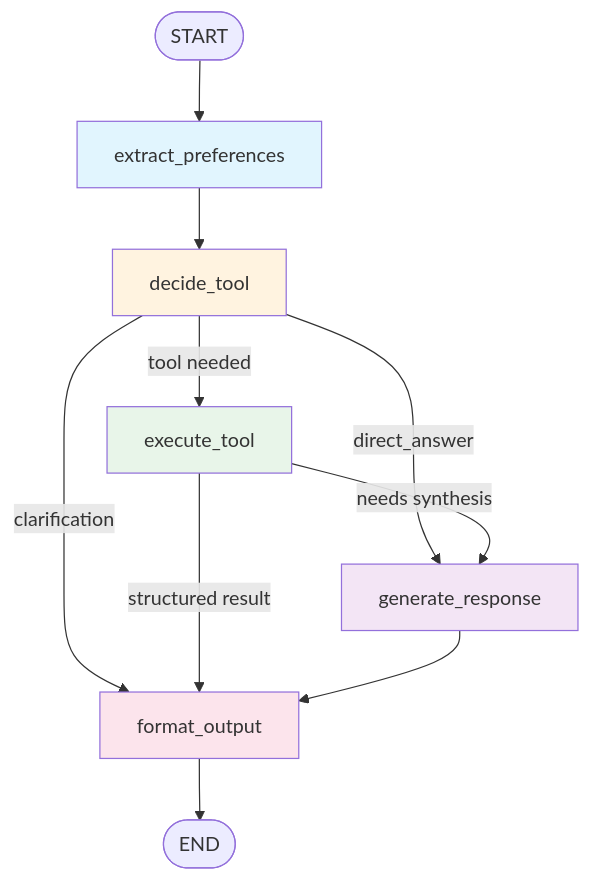
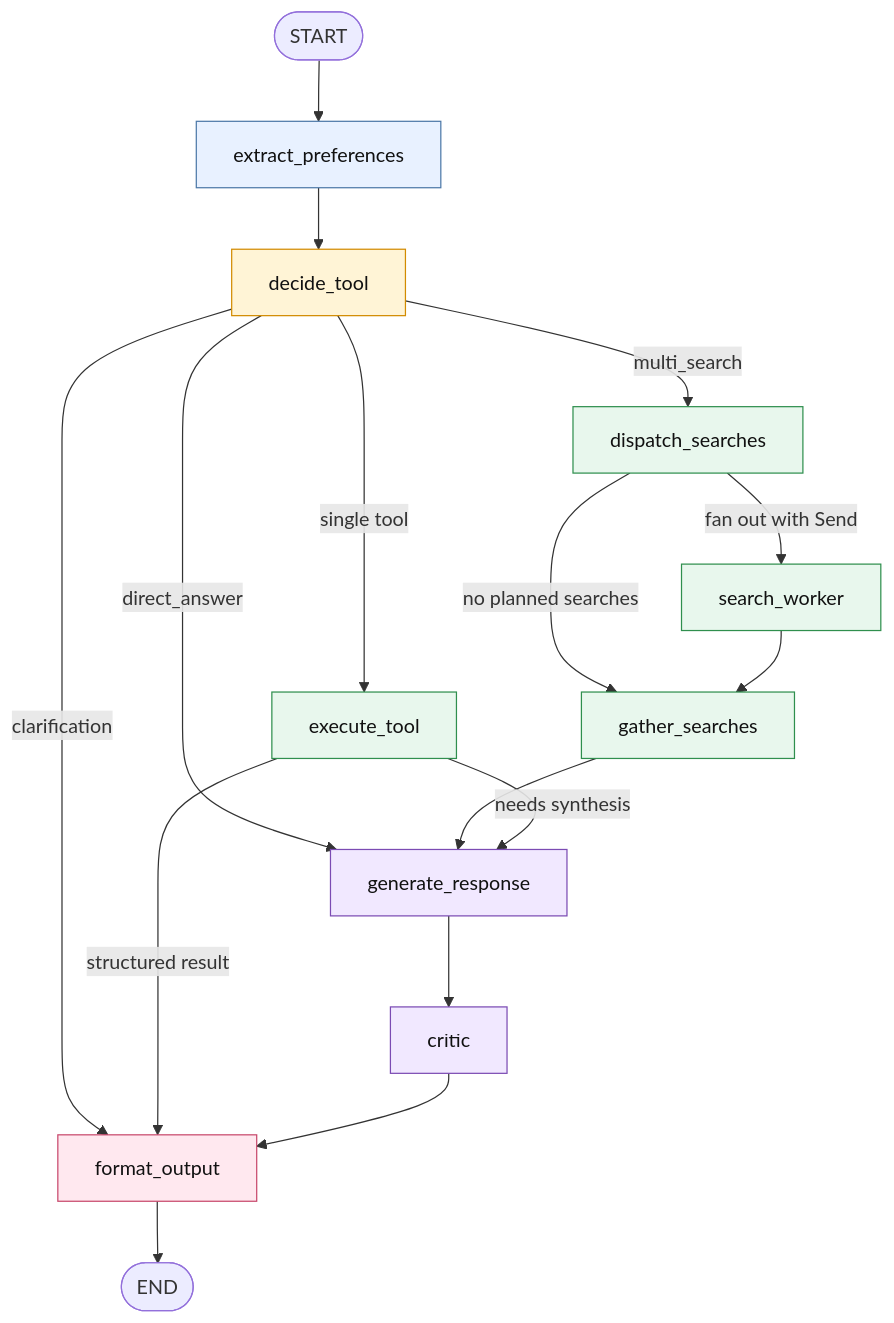
One commit to shuhan-wang1/RentCompass changed the diagram in README.md. Above: the diagram before and after it, drawn with Mermaid. The commit also changed other lines of this file and 11 other files, not shown here.

````diff
--- a/README.md
+++ b/README.md
@@ -127,18 +91,34 @@
 ```mermaid
-graph TD
-    START([START]) --> A[extract_preferences]
-    A --> B[decide_tool]
-    B -->|direct_answer| D[generate_response]
-    B -->|clarification| E[format_output]
-    B -->|tool needed| C[execute_tool]
-    C -->|structured result| E
-    C -->|needs synthesis| D
-    D --> E
-    E --> END([END])
+flowchart TD
+    START([START]) --> EP[extract_preferences]
+    EP --> DT[decide_tool]
 
-    style A fill:#e1f5fe
-    style B fill:#fff3e0
-    style C fill:#e8f5e9
-    style D fill:#f3e5f5
-    style E fill:#fce4ec
+    DT -->|direct_answer| GR[generate_response]
+    DT -->|clarification| FO[format_output]
+    DT -->|single tool| ET[execute_tool]
+    DT -->|multi_search| DS[dispatch_searches]
+
+    DS -->|fan out with Send| SW[search_worker]
+    DS -->|no planned searches| GS[gather_searches]
+    SW --> GS
+    GS --> GR
+
+    ET -->|structured result| FO
+    ET -->|needs synthesis| GR
+
+    GR --> CR[critic]
+    CR --> FO
+    FO --> END([END])
+
+    classDef parse fill:#e8f1ff,stroke:#4c78a8,color:#111;
+    classDef route fill:#fff4d6,stroke:#d28b00,color:#111;
+    classDef tool fill:#e8f7ed,stroke:#2f8f4e,color:#111;
+    classDef llm fill:#f1e8ff,stroke:#7b4bb3,color:#111;
+    classDef output fill:#ffe8ef,stroke:#c7476b,color:#111;
+
+    class EP parse;
+    class DT route;
+    class ET,DS,SW,GS tool;
+    class GR,CR llm;
+    class FO output;
 ```
````
